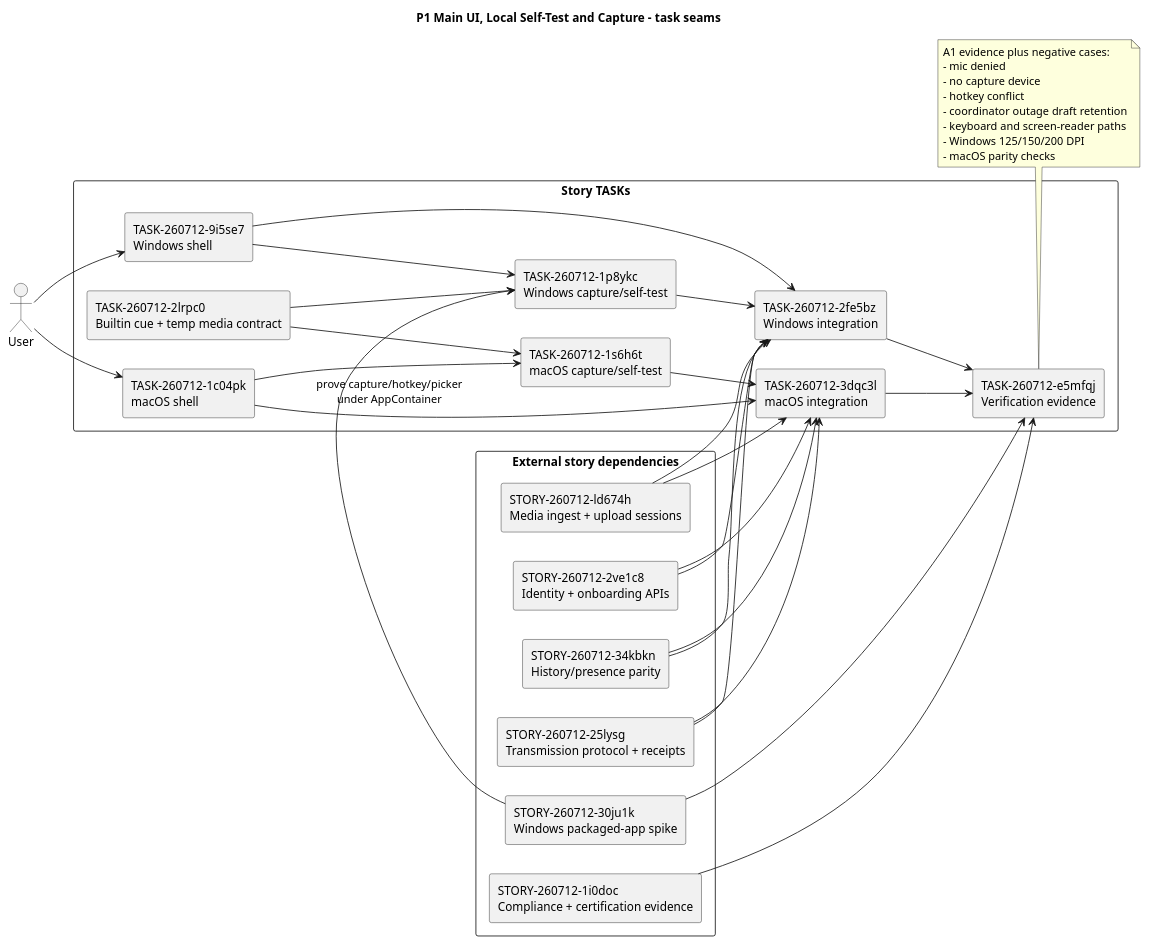
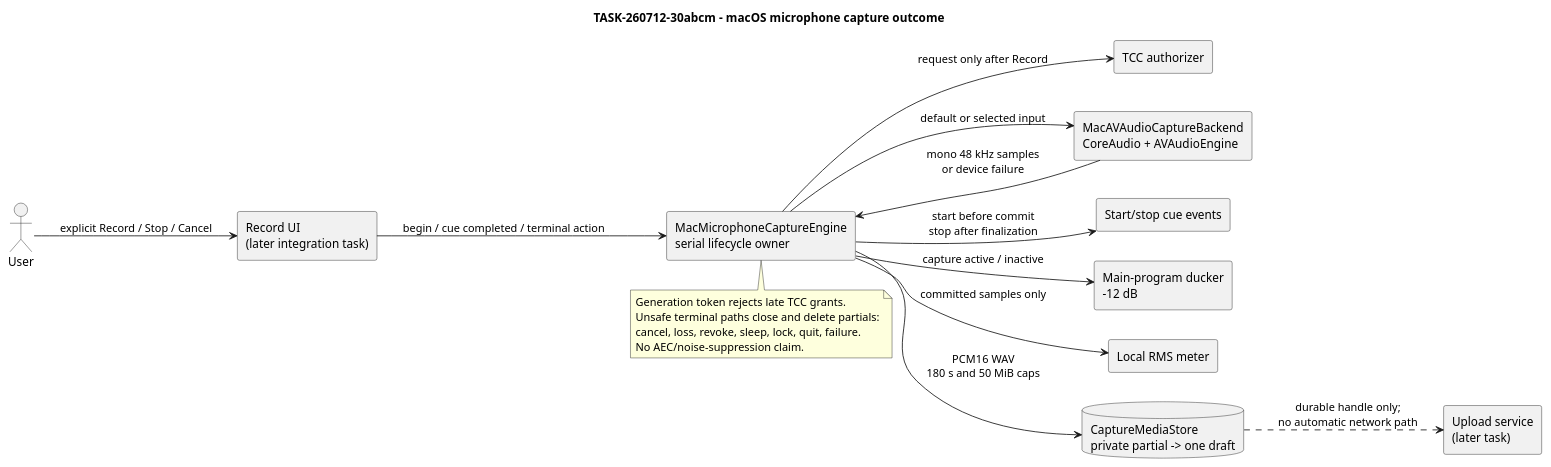
One commit to relux-works/barycenter changed the diagram in .task-board/.resources/TASK-260712-30abcm/p1-main-ui-capture-components.puml. Above: the diagram before and after it, drawn with PlantUML. The commit also changed 11 other files, not shown here.

Commit message:
feat(mac): add bounded microphone capture engine

```diff
--- a/.task-board/.resources/TASK-260712-30abcm/p1-main-ui-capture-components.puml
+++ b/.task-board/.resources/TASK-260712-30abcm/p1-main-ui-capture-components.puml
@@ -1,70 +1,37 @@
 @startuml
-title P1 Main UI, Local Self-Test and Capture - task seams
+title TASK-260712-30abcm - macOS microphone capture outcome
 
 left to right direction
-skinparam packageStyle rectangle
+skinparam componentStyle rectangle
 skinparam shadowing false
 
 actor User
+component "Record UI\n(later integration task)" as UI
+component "MacMicrophoneCaptureEngine\nserial lifecycle owner" as Owner
+component "TCC authorizer" as TCC
+component "MacAVAudioCaptureBackend\nCoreAudio + AVAudioEngine" as Backend
+component "Start/stop cue events" as Cue
+component "Main-program ducker\n-12 dB" as Duck
+component "Local RMS meter" as Meter
+database "CaptureMediaStore\nprivate partial -> one draft" as Store
+component "Upload service\n(later task)" as Upload
 
-package "Story TASKs" {
-  rectangle "TASK-260712-2lrpc0\nBuiltin cue + temp media contract" as Cue
-  rectangle "TASK-260712-9i5se7\nWindows shell" as WinShell
-  rectangle "TASK-260712-1p8ykc\nWindows capture/self-test" as WinCap
-  rectangle "TASK-260712-2fe5bz\nWindows integration" as WinData
-  rectangle "TASK-260712-1c04pk\nmacOS shell" as MacShell
-  rectangle "TASK-260712-1s6h6t\nmacOS capture/self-test" as MacCap
-  rectangle "TASK-260712-3dqc3l\nmacOS integration" as MacData
-  rectangle "TASK-260712-e5mfqj\nVerification evidence" as Verify
-}
+User --> UI : explicit Record / Stop / Cancel
+UI --> Owner : begin / cue completed / terminal action
+Owner --> TCC : request only after Record
+Owner --> Backend : default or selected input
+Backend --> Owner : mono 48 kHz samples\nor device failure
+Owner --> Cue : start before commit\nstop after finalization
+Owner --> Duck : capture active / inactive
+Owner --> Meter : committed samples only
+Owner --> Store : PCM16 WAV\n180 s and 50 MiB caps
+Store ..> Upload : durable handle only;\nno automatic network path
 
-package "External story dependencies" {
-  rectangle "STORY-260712-30ju1k\nWindows packaged-app spike" as WinSpike
-  rectangle "STORY-260712-2ve1c8\nIdentity + onboarding APIs" as Identity
-  rectangle "STORY-260712-ld674h\nMedia ingest + upload sessions" as Ingest
-  rectangle "STORY-260712-25lysg\nTransmission protocol + receipts" as Tx
-  rectangle "STORY-260712-34kbkn\nHistory/presence parity" as Presence
-  rectangle "STORY-260712-1i0doc\nCompliance + certification evidence" as Compliance
-}
-
-User --> WinShell
-User --> MacShell
-
-Cue --> WinCap
-Cue --> MacCap
-
-WinShell --> WinCap
-MacShell --> MacCap
-
-WinShell --> WinData
-WinCap --> WinData
-MacShell --> MacData
-MacCap --> MacData
-
-WinSpike --> WinCap : prove capture/hotkey/picker\nunder AppContainer
-Identity --> WinData
-Identity --> MacData
-Ingest --> WinData
-Ingest --> MacData
-Tx --> WinData
-Tx --> MacData
-Presence --> WinData
-Presence --> MacData
-
-WinData --> Verify
-MacData --> Verify
-WinSpike --> Verify
-Compliance --> Verify
-
-note bottom of Verify
-A1 evidence plus negative cases:
-- mic denied
-- no capture device
-- hotkey conflict
-- coordinator outage draft retention
-- keyboard and screen-reader paths
-- Windows 125/150/200 DPI
-- macOS parity checks
+note bottom of Owner
+Generation token rejects late TCC grants.
+Unsafe terminal paths close and delete partials:
+cancel, loss, revoke, sleep, lock, quit, failure.
+No AEC/noise-suppression claim.
 end note
 
 @enduml
```
